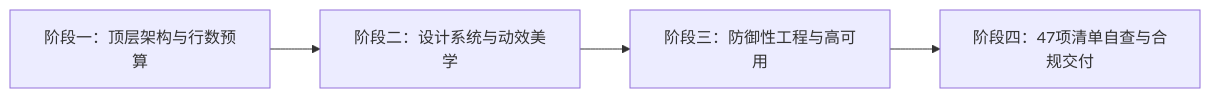
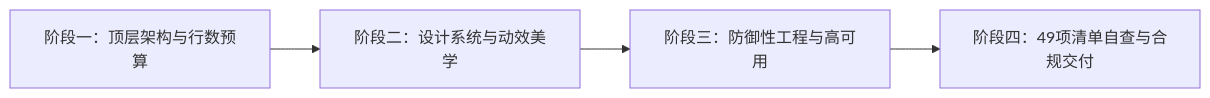
Before and after one commit to wujiit/fullstack-craft-perfection: the diagram in README.md, drawn with Mermaid. The commit also changed other lines of this file and 13 other files, not shown here.

````diff
--- a/README.md
+++ b/README.md
@@ -62,6 +66,6 @@
 ```mermaid
 flowchart LR
     A["阶段一：顶层架构与行数预算"] --> B["阶段二：设计系统与动效美学"]
     B --> C["阶段三：防御性工程与高可用"]
-    C --> D["阶段四：47项清单自查与合规交付"]
+    C --> D["阶段四：49项清单自查与合规交付"]
 ```
````
